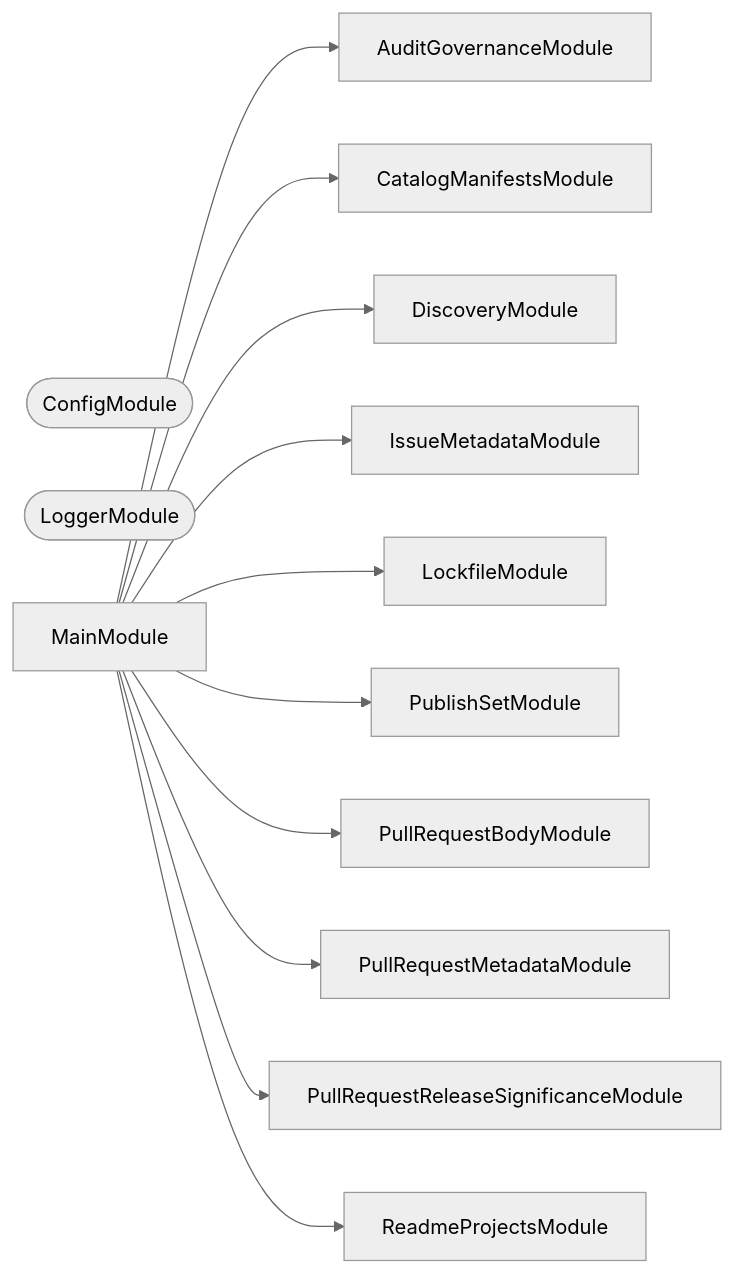
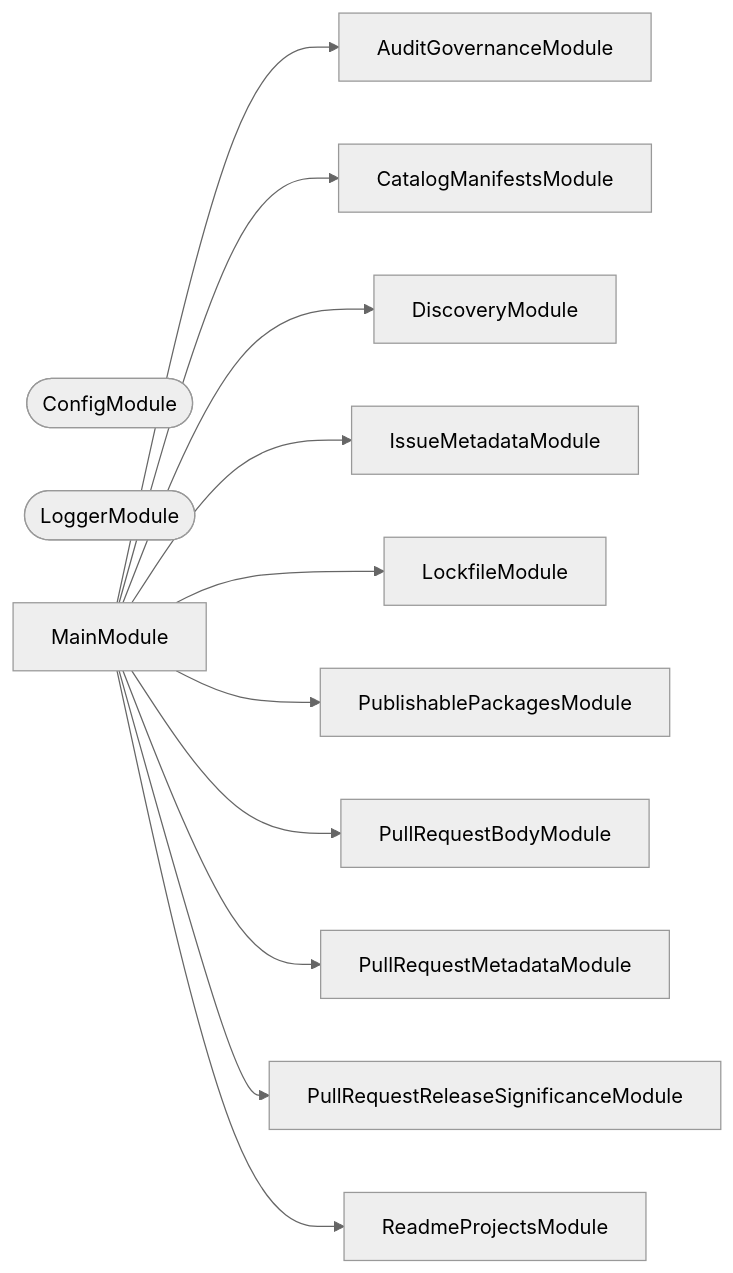
The second of 3 diagrams in tools/validation/README.md (JimmyPaolini/codebase), drawn with Mermaid (neutral theme) before and after one commit. The commit also changed other lines of this file and 88 other files, not shown here.

Commit message:
chore(callidescope,codependix,codometer,conformetry): 🔧 clear private and tighten templates across publishable packages

````diff
--- a/tools/validation/README.md
+++ b/tools/validation/README.md
@@ -418,26 +418,26 @@
 ```mermaid
 flowchart LR
   AuditGovernanceModule
   CatalogManifestsModule
   ConfigModule([ConfigModule])
   DiscoveryModule
   IssueMetadataModule
   LockfileModule
   LoggerModule([LoggerModule])
   MainModule
-  PublishSetModule
+  PublishablePackagesModule
   PullRequestBodyModule
   PullRequestMetadataModule
   PullRequestReleaseSignificanceModule
   ReadmeProjectsModule
   MainModule --> AuditGovernanceModule
   MainModule --> CatalogManifestsModule
   MainModule --> DiscoveryModule
   MainModule --> IssueMetadataModule
   MainModule --> LockfileModule
-  MainModule --> PublishSetModule
+  MainModule --> PublishablePackagesModule
   MainModule --> PullRequestBodyModule
   MainModule --> PullRequestMetadataModule
   MainModule --> PullRequestReleaseSignificanceModule
   MainModule --> ReadmeProjectsModule
 ```
````
